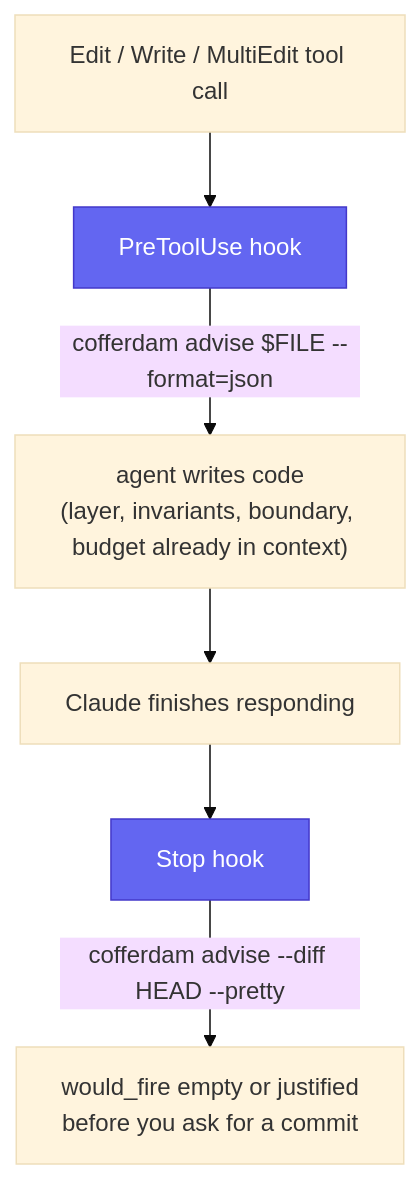
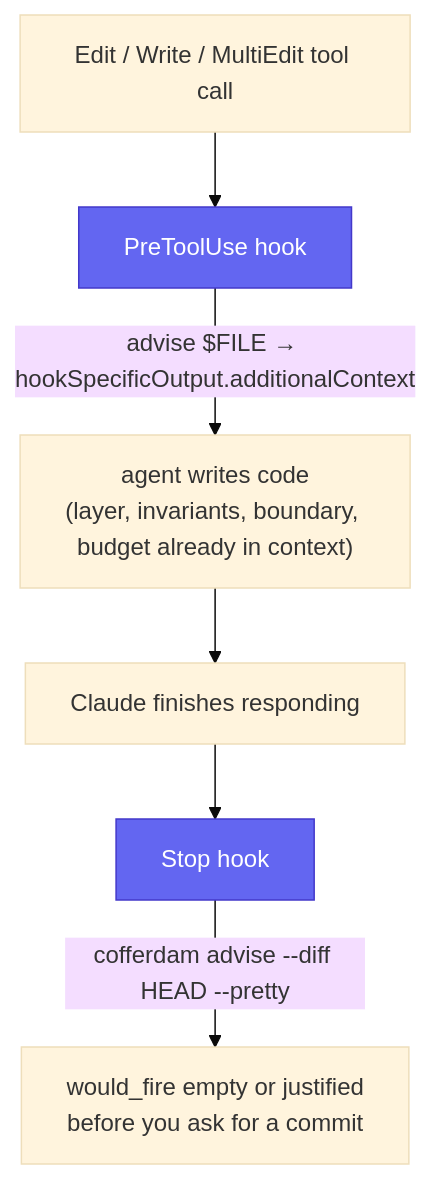
Before and after one commit to TAJD/cofferdam: the diagram in docs/hooks.md, drawn with Mermaid (base theme). The commit also changed other lines of this file and 1 other file, not shown here.

First line of the commit message:
fix(agents): PreToolUse hook must use additionalContext, not plain stdout

````diff
--- a/docs/hooks.md
+++ b/docs/hooks.md
@@ -7,11 +7,11 @@
 ```mermaid
 flowchart TB
     T["Edit / Write / MultiEdit tool call"] --> P["PreToolUse hook"]
-    P -- "cofferdam advise $FILE --format=json" --> W["agent writes code<br/>(layer, invariants, boundary, budget already in context)"]
+    P -- "advise $FILE → hookSpecificOutput.additionalContext" --> W["agent writes code<br/>(layer, invariants, boundary, budget already in context)"]
     W --> S["Claude finishes responding"]
     S --> H["Stop hook"]
     H -- "cofferdam advise --diff HEAD --pretty" --> D["would_fire empty or justified<br/>before you ask for a commit"]
 
     style P fill:#6366f1,color:#fff,stroke:#4338ca
     style H fill:#6366f1,color:#fff,stroke:#4338ca
 ```
````
